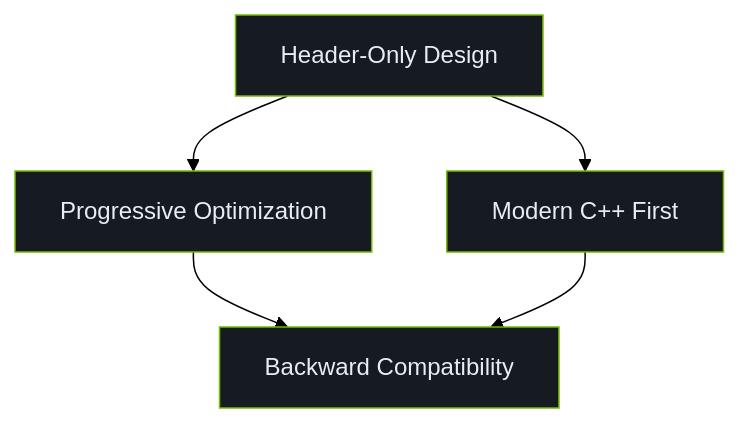
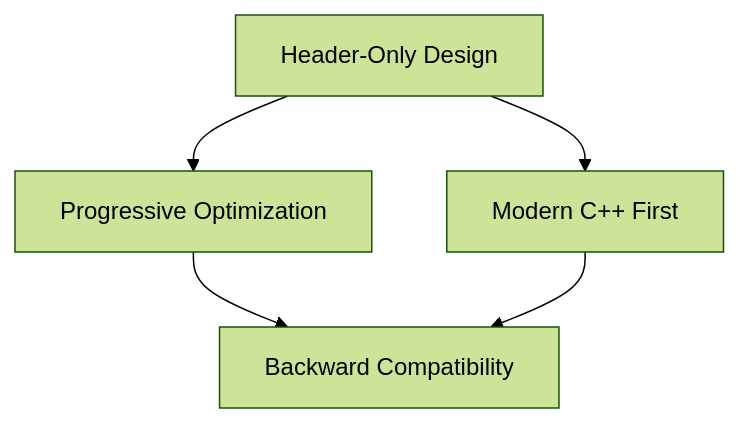
One commit to LessUp/cuda-kernel-academy changed the diagram in docs/en/modules/02-tensorcraft.md. Above: the diagram before and after it, drawn with Mermaid (forest theme). The commit also changed 45 other files, not shown here.

````diff
--- a/docs/en/modules/02-tensorcraft.md
+++ b/docs/en/modules/02-tensorcraft.md
@@ -11,12 +11,8 @@
 ```mermaid
 graph TD
     A[Header-Only Design] --> B[Progressive Optimization]
     A --> C[Modern C++ First]
     B --> D[Backward Compatibility]
     C --> D
 
-    style A fill:#161b22,stroke:#76B900,color:#e6edf3
-    style B fill:#161b22,stroke:#76B900,color:#e6edf3
-    style C fill:#161b22,stroke:#76B900,color:#e6edf3
-    style D fill:#161b22,stroke:#76B900,color:#e6edf3
 ```
````
